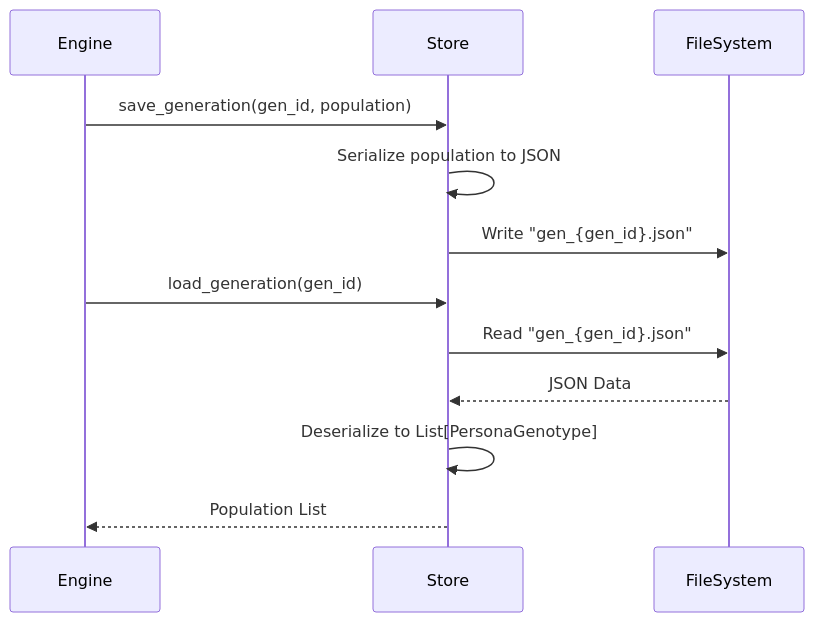
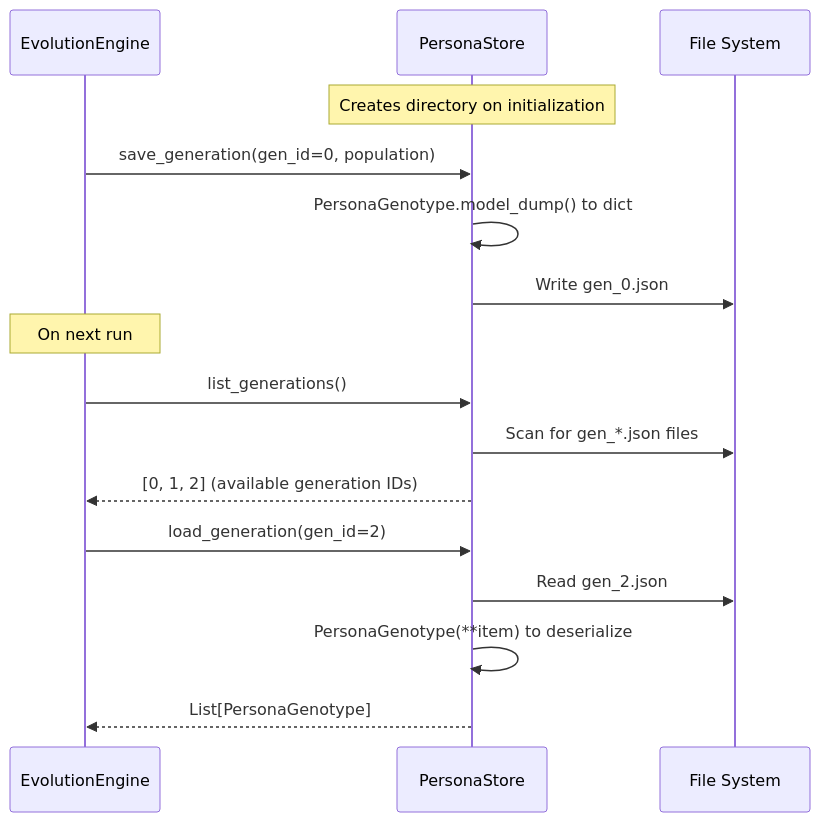
Before and after one commit to Keyhole-Koro/snackPersona: the diagram in persona_store/persona_store.md, drawn with Mermaid. The commit also changed other lines of this file and 7 other files, not shown here.

Commit message:
docs: Enhance documentation for core modules with detailed overviews, diagrams, and examples for clarity and understanding.

````diff
--- a/persona_store/persona_store.md
+++ b/persona_store/persona_store.md
@@ -9,16 +23,21 @@
 ```mermaid
 sequenceDiagram
-    participant Engine
-    participant Store
-    participant FileSystem
+    participant Engine as EvolutionEngine
+    participant Store as PersonaStore
+    participant FS as File System
 
-    Engine->>Store: save_generation(gen_id, population)
-    Store->>Store: Serialize population to JSON
-    Store->>FileSystem: Write "gen_{gen_id}.json"
+    Note over Store: Creates directory on initialization
+    Engine->>Store: save_generation(gen_id=0, population)
+    Store->>Store: PersonaGenotype.model_dump() to dict
+    Store->>FS: Write gen_0.json
     
-    Engine->>Store: load_generation(gen_id)
-    Store->>FileSystem: Read "gen_{gen_id}.json"
-    FileSystem-->>Store: JSON Data
-    Store->>Store: Deserialize to List[PersonaGenotype]
-    Store-->>Engine: Population List
+    Note over Engine: On next run
+    Engine->>Store: list_generations()
+    Store->>FS: Scan for gen_*.json files
+    Store-->>Engine: [0, 1, 2] (available generation IDs)
+    
+    Engine->>Store: load_generation(gen_id=2)
+    Store->>FS: Read gen_2.json
+    Store->>Store: PersonaGenotype(**item) to deserialize
+    Store-->>Engine: List[PersonaGenotype]
 ```
````
